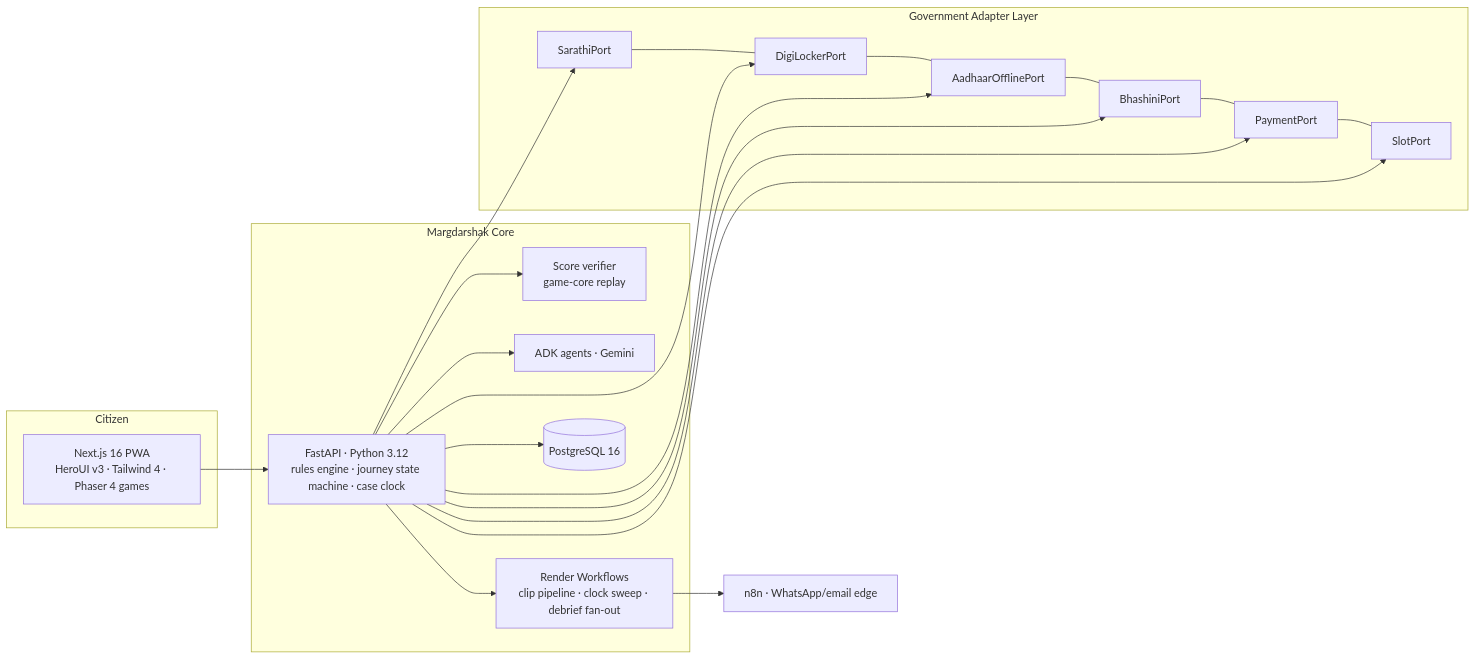
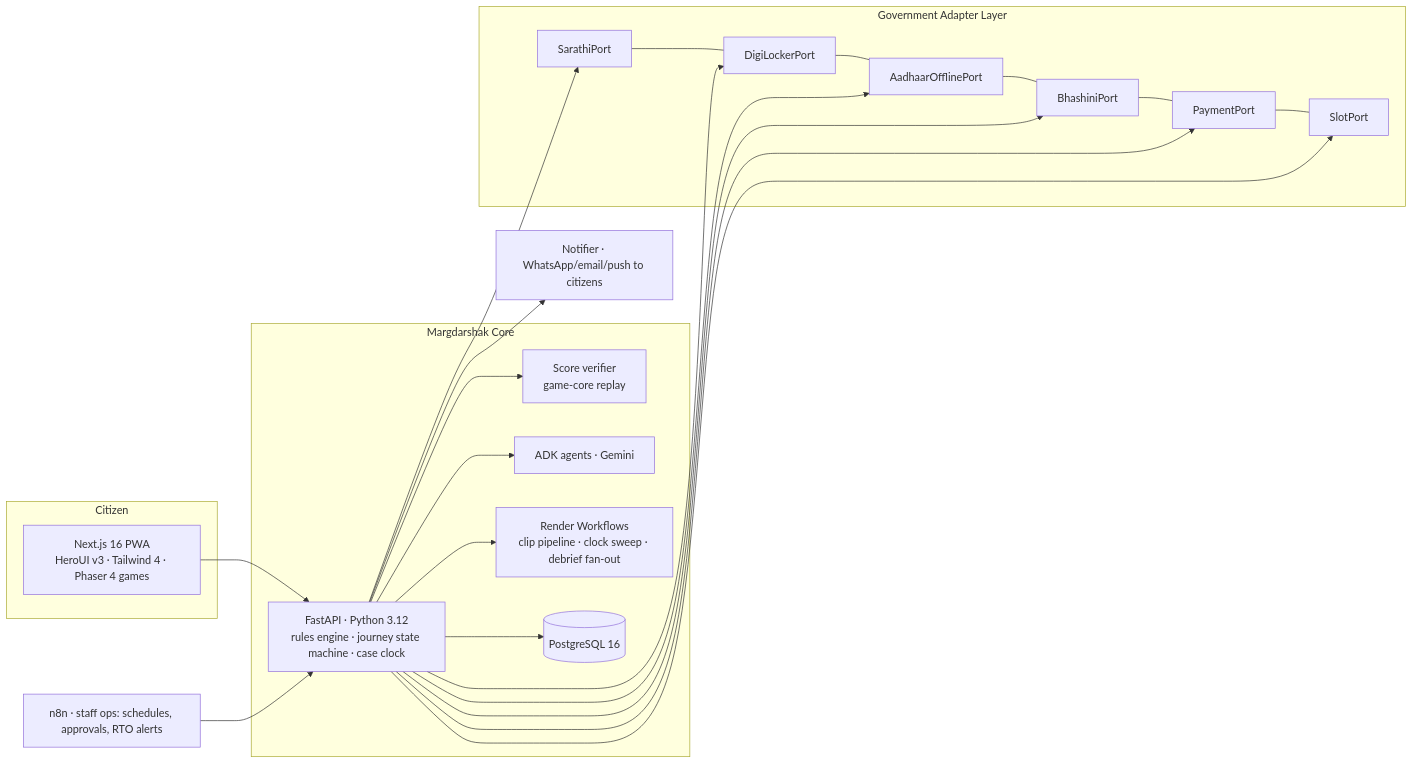
The second of 2 diagrams in IDEA.md (sruj08/margadarshak), drawn with Mermaid before and after one commit. The commit also changed other lines of this file and 60 other files, not shown here.

````diff
--- a/IDEA.md
+++ b/IDEA.md
@@ -293,23 +285,25 @@
 ```mermaid
 flowchart LR
   subgraph Citizen
     PWA[Next.js 16 PWA<br/>HeroUI v3 · Tailwind 4 · Phaser 4 games]
   end
   subgraph Margdarshak Core
     API[FastAPI · Python 3.12<br/>rules engine · journey state machine · case clock]
     SV[Score verifier<br/>game-core replay]
     ADK[ADK agents · Gemini]
     WF[Render Workflows<br/>clip pipeline · clock sweep · debrief fan-out]
     DB[(PostgreSQL 16)]
   end
   subgraph Government Adapter Layer
     SA[SarathiPort] --- DA[DigiLockerPort] --- AA[AadhaarOfflinePort] --- BA[BhashiniPort] --- PA[PaymentPort] --- SL[SlotPort]
   end
-  N8N[n8n · WhatsApp/email edge]
+  NT[Notifier · WhatsApp/email/push to citizens]
+  N8N[n8n · staff ops: schedules, approvals, RTO alerts]
   PWA --> API --> DB
   API --> SV
   API --> ADK
   API --> WF
-  WF --> N8N
+  API --> NT
+  N8N --> API
   API --> SA & DA & AA & BA & PA & SL
 ```
````
